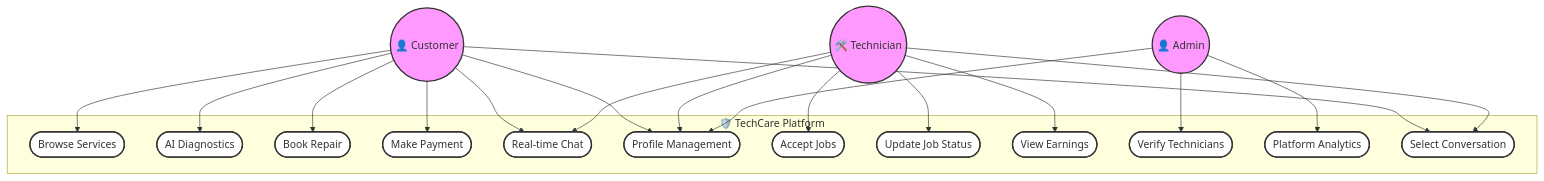
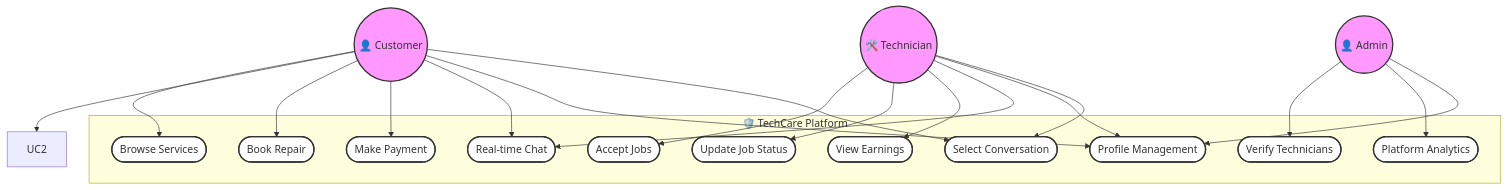
Before and after one commit to Irchika774/Tech-Care_official: the eighth of 14 diagrams in README.md, drawn with Mermaid. The commit also changed other lines of this file and 2 other files, not shown here.

````diff
--- a/README.md
+++ b/README.md
@@ -426,43 +381,42 @@
 ```mermaid
 graph TD
     classDef actor fill:#f9f,stroke:#333,stroke-width:2px;
     classDef usecase fill:#fff,stroke:#333,stroke-width:2px,rx:20,ry:20;
 
     Customer((👤 Customer)):::actor
     Technician((🛠️ Technician)):::actor
     Admin((👤 Admin)):::actor
 
     subgraph Platform["🛡️ TechCare Platform"]
         UC1([Browse Services]):::usecase
-        UC2([AI Diagnostics]):::usecase
         UC3([Book Repair]):::usecase
         UC4([Make Payment]):::usecase
         UC5([Real-time Chat]):::usecase
         UC6([Profile Management]):::usecase
         UC7([Accept Jobs]):::usecase
         UC8([Update Job Status]):::usecase
         UC9([View Earnings]):::usecase
         UC10([Verify Technicians]):::usecase
         UC11([Platform Analytics]):::usecase
         UC12([Select Conversation]):::usecase
     end
 
     Customer --> UC1
     Customer --> UC2
     Customer --> UC3
     Customer --> UC4
     Customer --> UC5
     Customer --> UC6
     Customer --> UC12
 
     Technician --> UC7
     Technician --> UC8
     Technician --> UC9
     Technician --> UC5
     Technician --> UC6
     Technician --> UC12
 
     Admin --> UC10
     Admin --> UC11
     Admin --> UC6
 ```
````
